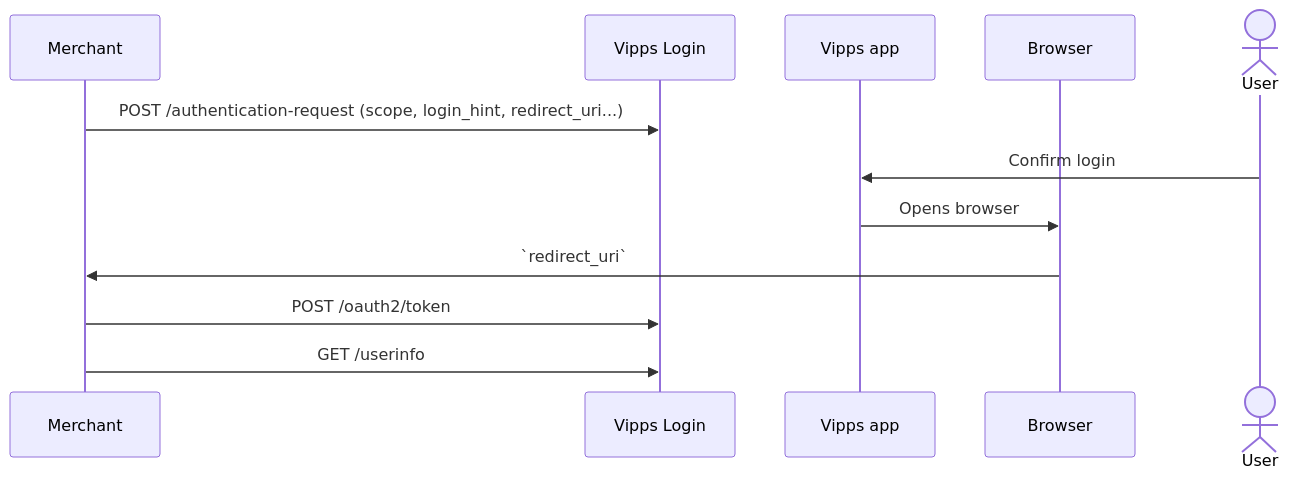
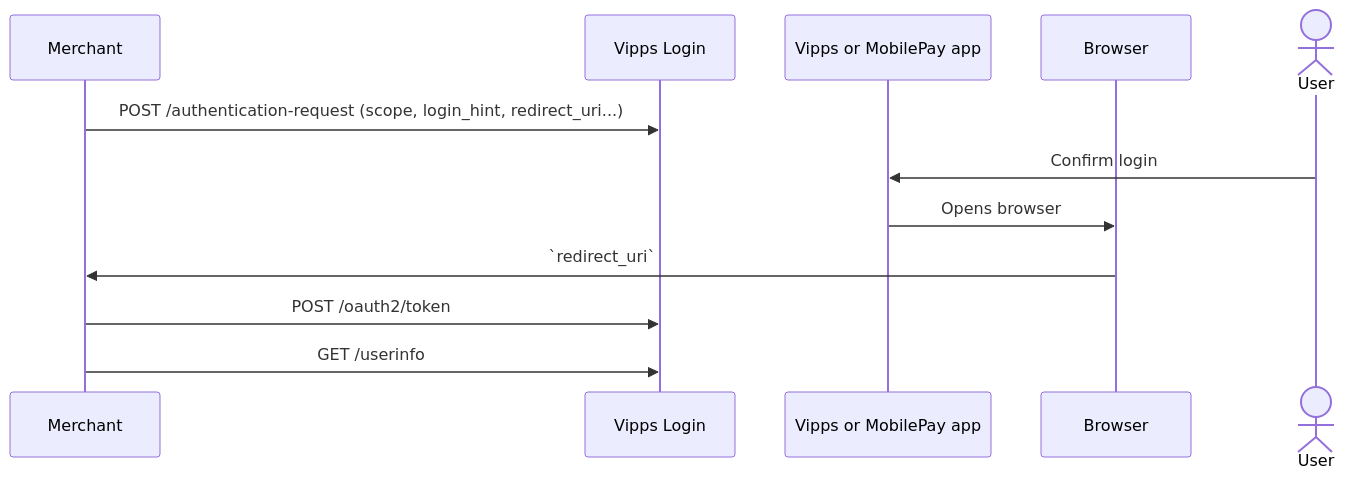
One commit to vippsas/vipps-login-api changed the diagram in api-guide/flows/phone-number-ciba-flows.md. Above: the diagram before and after it, drawn with Mermaid. The commit also changed other lines of this file and 16 other files, not shown here.

First line of the commit message:
Change from "Vipps app" to "Vipps or MobilePay app" (#267)

````diff
--- a/api-guide/flows/phone-number-ciba-flows.md
+++ b/api-guide/flows/phone-number-ciba-flows.md
@@ -239,15 +239,15 @@
 ``` mermaid
 sequenceDiagram
     participant Merchant
     participant VippsLogin as Vipps Login
-    participant VippsApp as Vipps app
+    participant VippsApp as Vipps or MobilePay app
     participant Browser
     actor User
 
     Merchant ->> VippsLogin: POST /authentication-request (scope, login_hint, redirect_uri...)
     User ->> VippsApp: Confirm login
     VippsApp ->> Browser: Opens browser
     Browser ->> Merchant: `redirect_uri`
     Merchant ->> VippsLogin: POST /oauth2/token
     Merchant ->> VippsLogin: GET /userinfo
 ```
````
